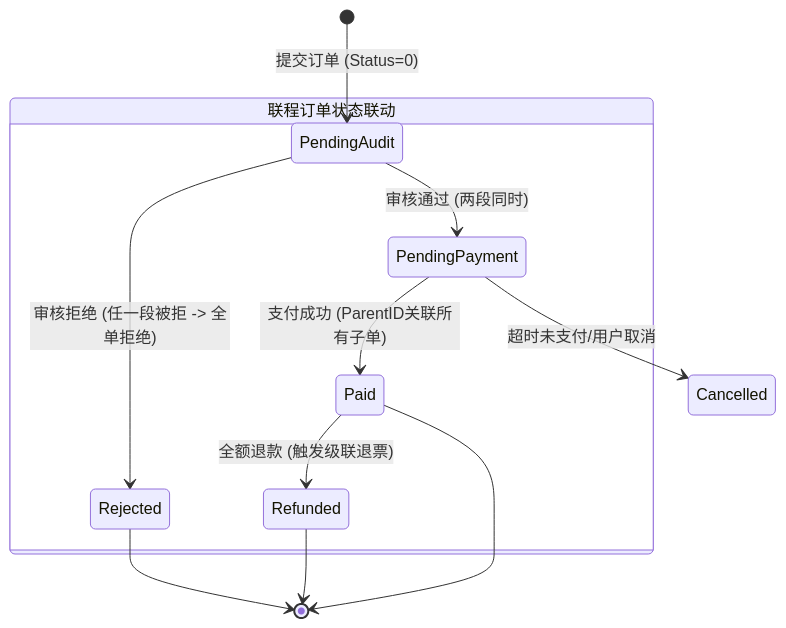
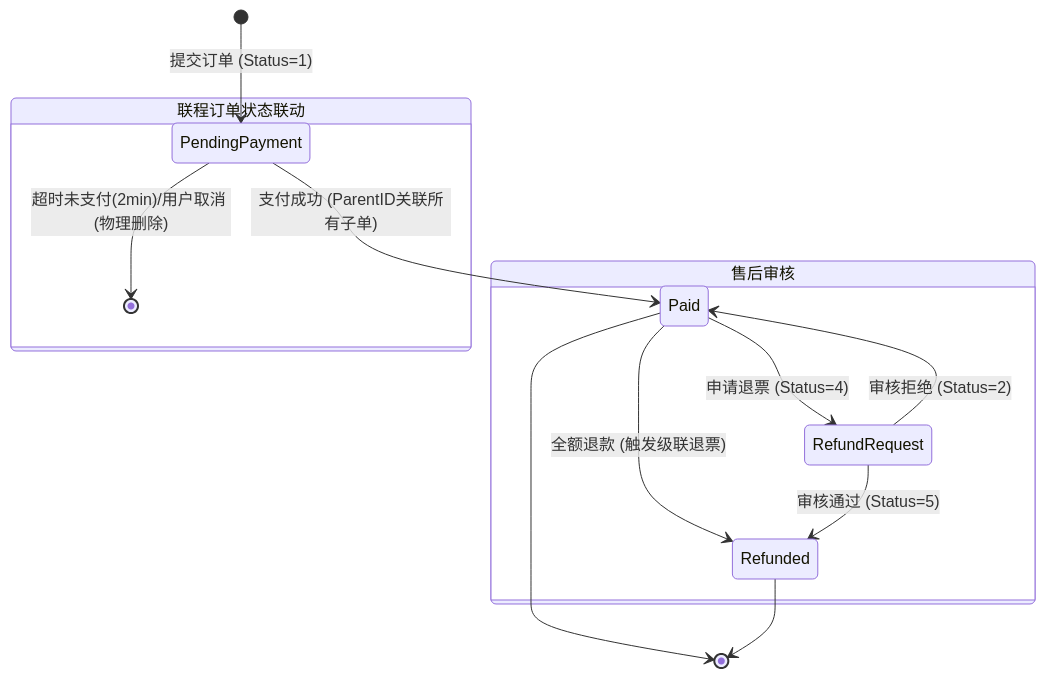
One commit to ZJUT-CS/Distributed-Database changed the second of 2 diagrams in skylink-backend/README.md. Above: the diagram before and after it, drawn with Mermaid. The commit also changed other lines of this file and 4 other files, not shown here.

````diff
--- a/skylink-backend/README.md
+++ b/skylink-backend/README.md
@@ -90,16 +101,19 @@
 ```mermaid
 stateDiagram-v2
-    [*] --> PendingAudit: 提交订单 (Status=0)
+    [*] --> PendingPayment: 提交订单 (Status=1)
     
     state "联程订单状态联动" as Link {
-        PendingAudit --> PendingPayment: 审核通过 (两段同时)
-        PendingAudit --> Rejected: 审核拒绝 (任一段被拒 -> 全单拒绝)
         PendingPayment --> Paid: 支付成功 (ParentID关联所有子单)
+        PendingPayment --> [*]: 超时未支付(2min)/用户取消 (物理删除)
         Paid --> Refunded: 全额退款 (触发级联退票)
     }
     
-    PendingPayment --> Cancelled: 超时未支付/用户取消
+    state "售后审核" as Audit {
+        Paid --> RefundRequest: 申请退票 (Status=4)
+        RefundRequest --> Refunded: 审核通过 (Status=5)
+        RefundRequest --> Paid: 审核拒绝 (Status=2)
+    }
+
     Paid --> [*]
     Refunded --> [*]
-    Rejected --> [*]
 ```
````
